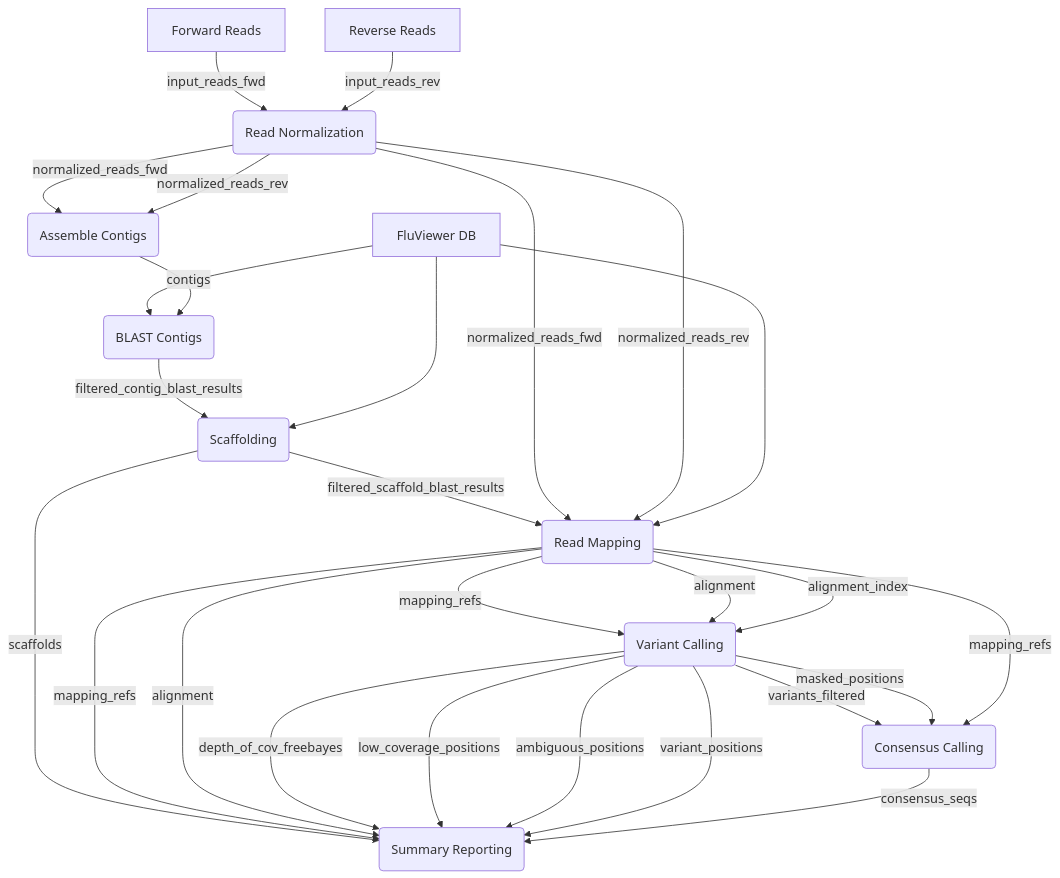
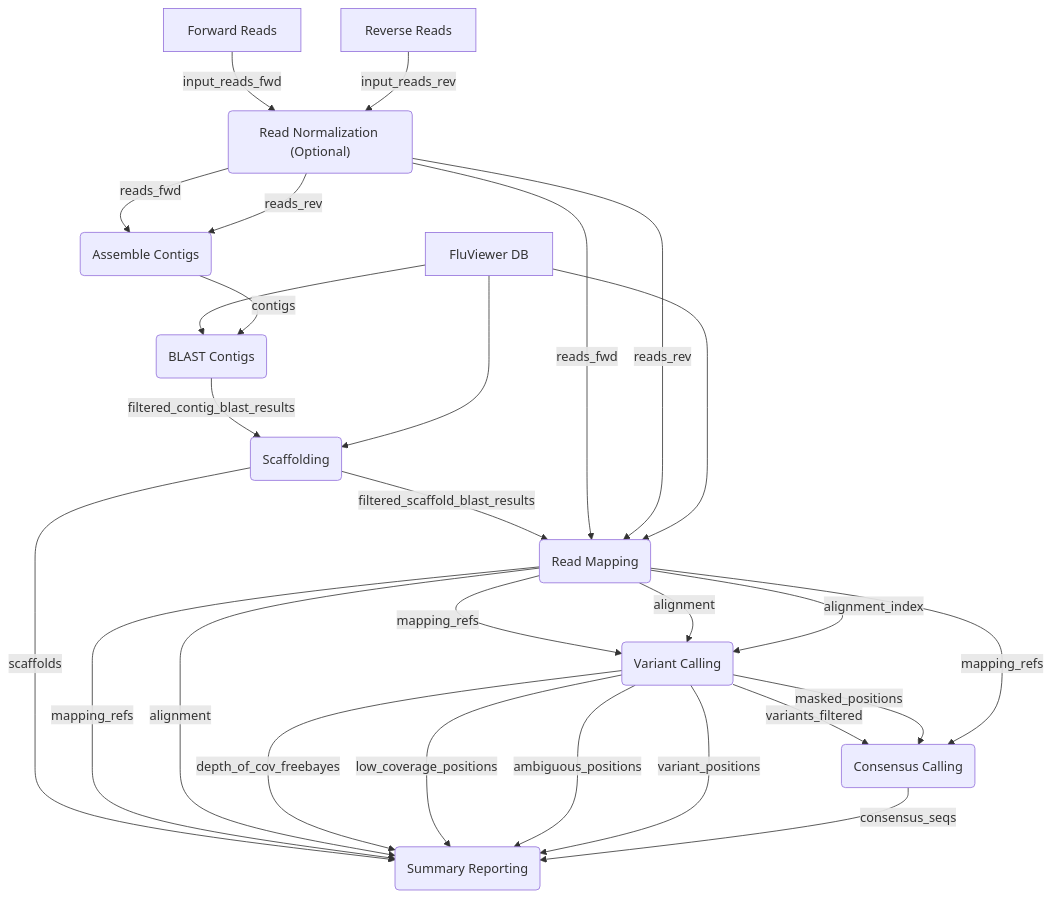
Before and after one commit to jpalmer37/fluviewer: the diagram in README.md, drawn with Mermaid. The commit also changed other lines of this file and 3 other files, not shown here.

First line of the commit message:
Make bbnorm normalization optional (#40)

````diff
--- a/README.md
+++ b/README.md
@@ -55,29 +55,29 @@
 ```mermaid
 flowchart TD
-  forward_reads[Forward Reads] -- input_reads_fwd --> normalization(Read Normalization)
+  forward_reads[Forward Reads] -- input_reads_fwd --> normalization("Read Normalization (Optional)")
   reverse_reads[Reverse Reads] -- input_reads_rev --> normalization
-  normalization -- normalized_reads_fwd --> assemble_contigs(Assemble Contigs)
-  normalization -- normalized_reads_rev --> assemble_contigs
+  normalization -- reads_fwd --> assemble_contigs(Assemble Contigs)
+  normalization -- reads_rev --> assemble_contigs
   fluviewer_db[FluViewer DB] --> blast_contigs(BLAST Contigs)
   assemble_contigs -- contigs --> blast_contigs
   blast_contigs -- filtered_contig_blast_results --> scaffolding(Scaffolding)
   fluviewer_db --> scaffolding
   scaffolding -- filtered_scaffold_blast_results --> read_mapping(Read Mapping)
-  normalization -- normalized_reads_fwd --> read_mapping
-  normalization -- normalized_reads_rev --> read_mapping
+  normalization -- reads_fwd --> read_mapping
+  normalization -- reads_rev --> read_mapping
   fluviewer_db --> read_mapping
   read_mapping -- mapping_refs --> variant_calling(Variant Calling)
   read_mapping -- alignment --> variant_calling
   read_mapping -- alignment_index --> variant_calling
   variant_calling -- variants_filtered --> consensus_calling(Consensus Calling)
   variant_calling -- masked_positions --> consensus_calling
   read_mapping -- mapping_refs --> consensus_calling
   scaffolding -- scaffolds --> reporting(Summary Reporting)
   read_mapping -- mapping_refs --> reporting
   read_mapping -- alignment --> reporting
   variant_calling -- depth_of_cov_freebayes --> reporting
   variant_calling -- low_coverage_positions --> reporting
   variant_calling -- ambiguous_positions --> reporting
   variant_calling -- variant_positions --> reporting
   consensus_calling -- consensus_seqs --> reporting
 ```
````
